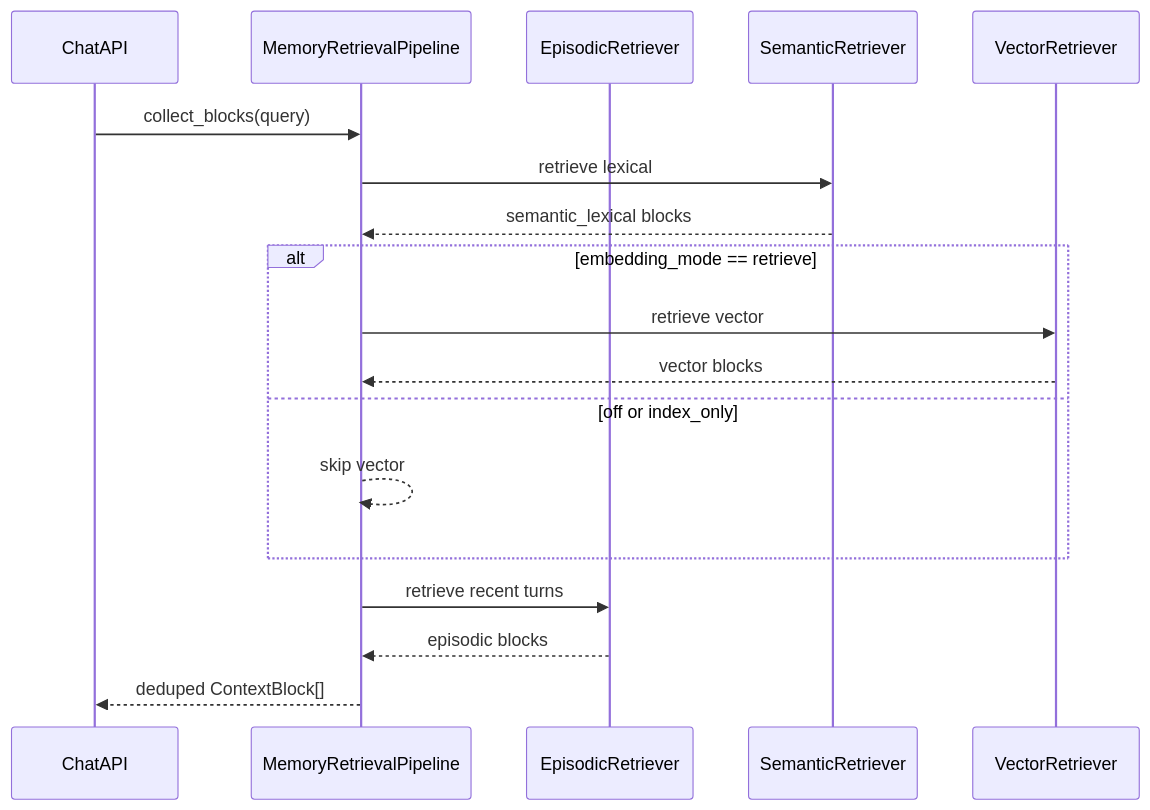
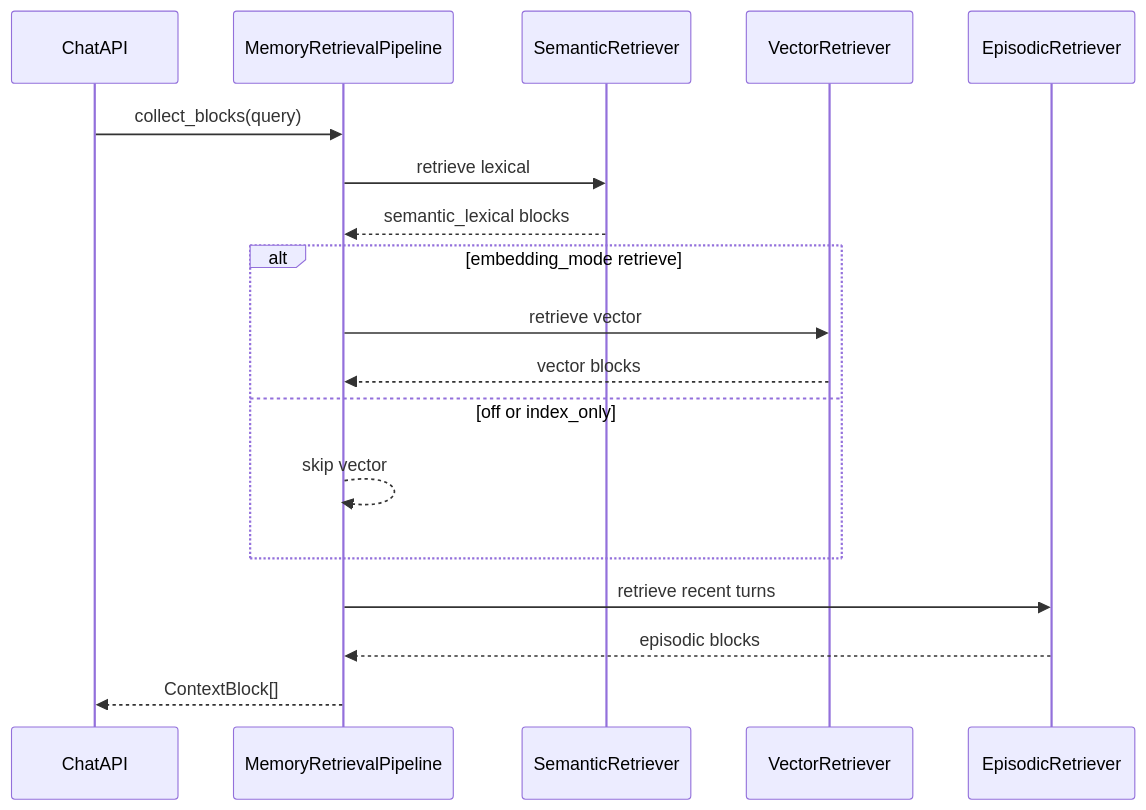
One commit to cristianosantana/jupter_notebook changed the third of 12 diagrams in orion_mcp_v3/docs/architecture/ANALISE_ARQUITETURAL_SENIOR.md. Above: the diagram before and after it, drawn with Mermaid. The commit also changed other lines of this file and 3 other files, not shown here.

````diff
--- a/orion_mcp_v3/docs/architecture/ANALISE_ARQUITETURAL_SENIOR.md
+++ b/orion_mcp_v3/docs/architecture/ANALISE_ARQUITETURAL_SENIOR.md
@@ -480,21 +254,21 @@
 ```mermaid
 sequenceDiagram
     participant API as ChatAPI
     participant PIPE as MemoryRetrievalPipeline
-    participant EPI as EpisodicRetriever
     participant SEM as SemanticRetriever
     participant VEC as VectorRetriever
+    participant EPI as EpisodicRetriever
 
     API->>PIPE: collect_blocks(query)
     PIPE->>SEM: retrieve lexical
     SEM-->>PIPE: semantic_lexical blocks
-    alt embedding_mode == retrieve
+    alt embedding_mode retrieve
         PIPE->>VEC: retrieve vector
         VEC-->>PIPE: vector blocks
     else off or index_only
         PIPE-->>PIPE: skip vector
     end
     PIPE->>EPI: retrieve recent turns
     EPI-->>PIPE: episodic blocks
-    PIPE-->>API: deduped ContextBlock[]
+    PIPE-->>API: ContextBlock[]
 ```
````
